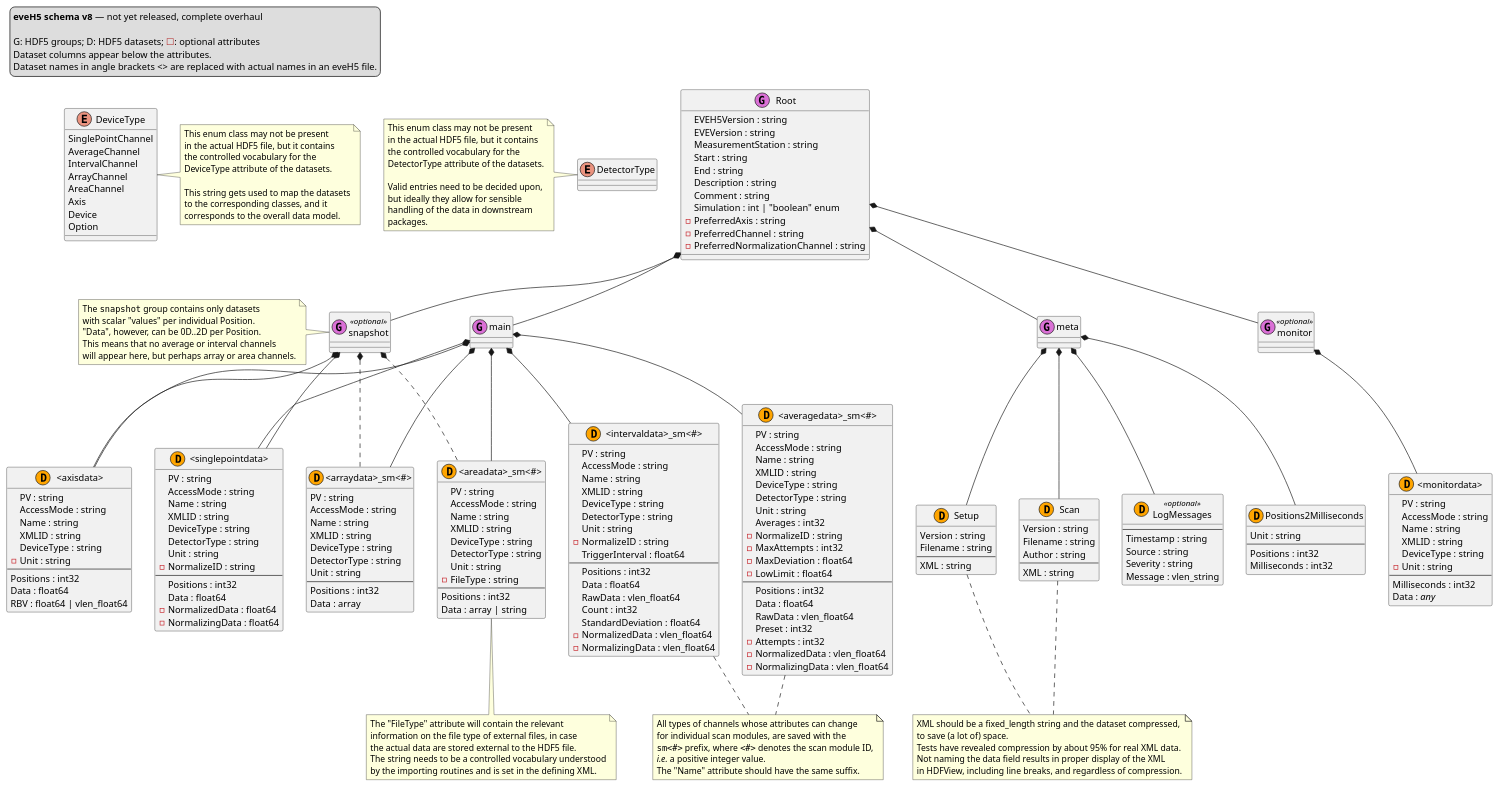
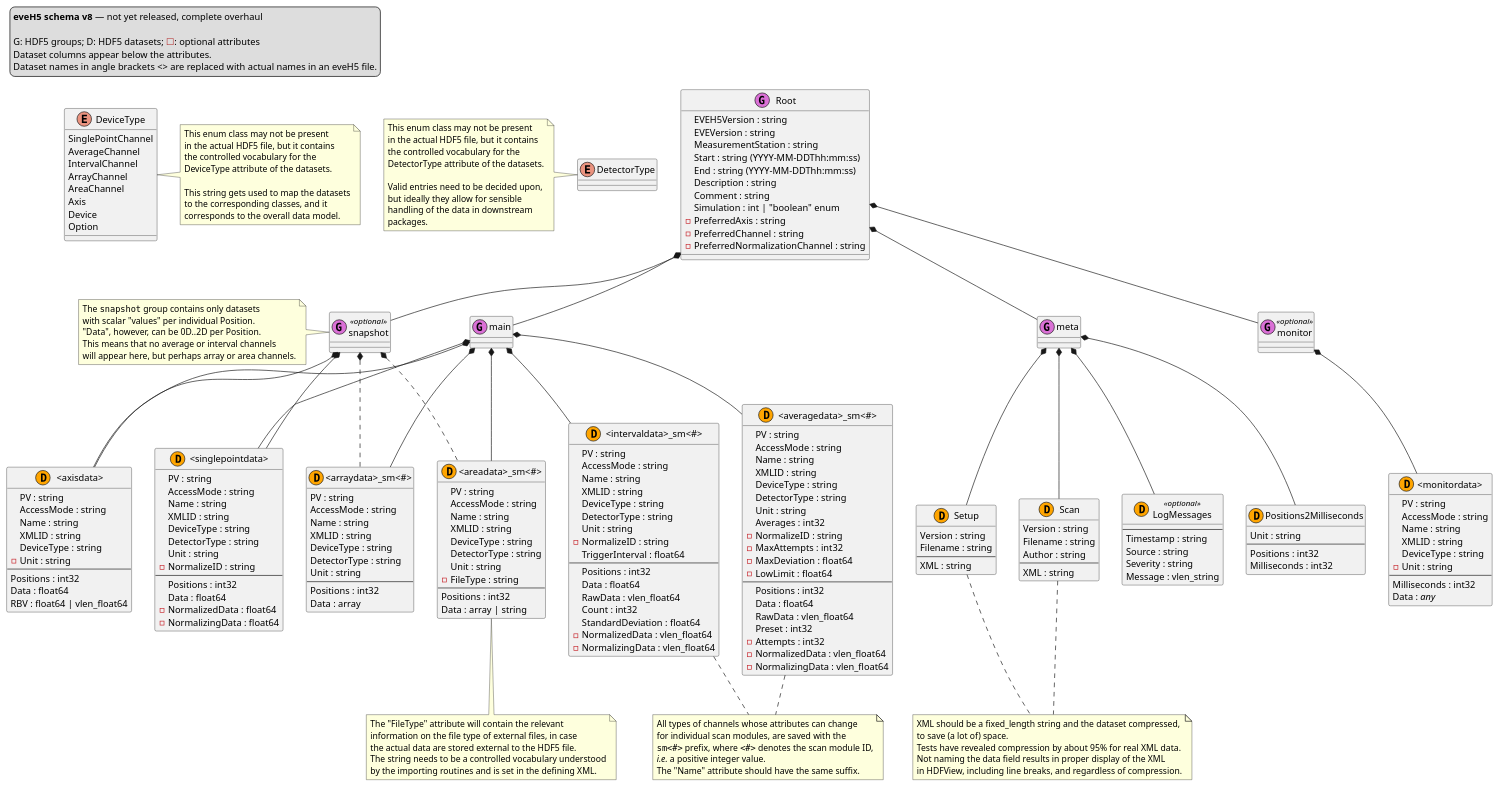
One commit to tillbiskup/evedata changed the diagram in docs/uml/eveh5-v8.puml. Above: the diagram before and after it, drawn with PlantUML. The commit also changed 2 other files, not shown here.

```diff
--- a/docs/uml/eveh5-v8.puml
+++ b/docs/uml/eveh5-v8.puml
@@ -14,8 +14,8 @@
     EVEH5Version : string
     EVEVersion : string
     MeasurementStation : string
-    Start : string
-    End : string
+    {field} Start : string (YYYY-MM-DDThh:mm:ss)
+    {field} End : string (YYYY-MM-DDThh:mm:ss)
     Description : string
     Comment : string
     Simulation : int | "boolean" enum
```
